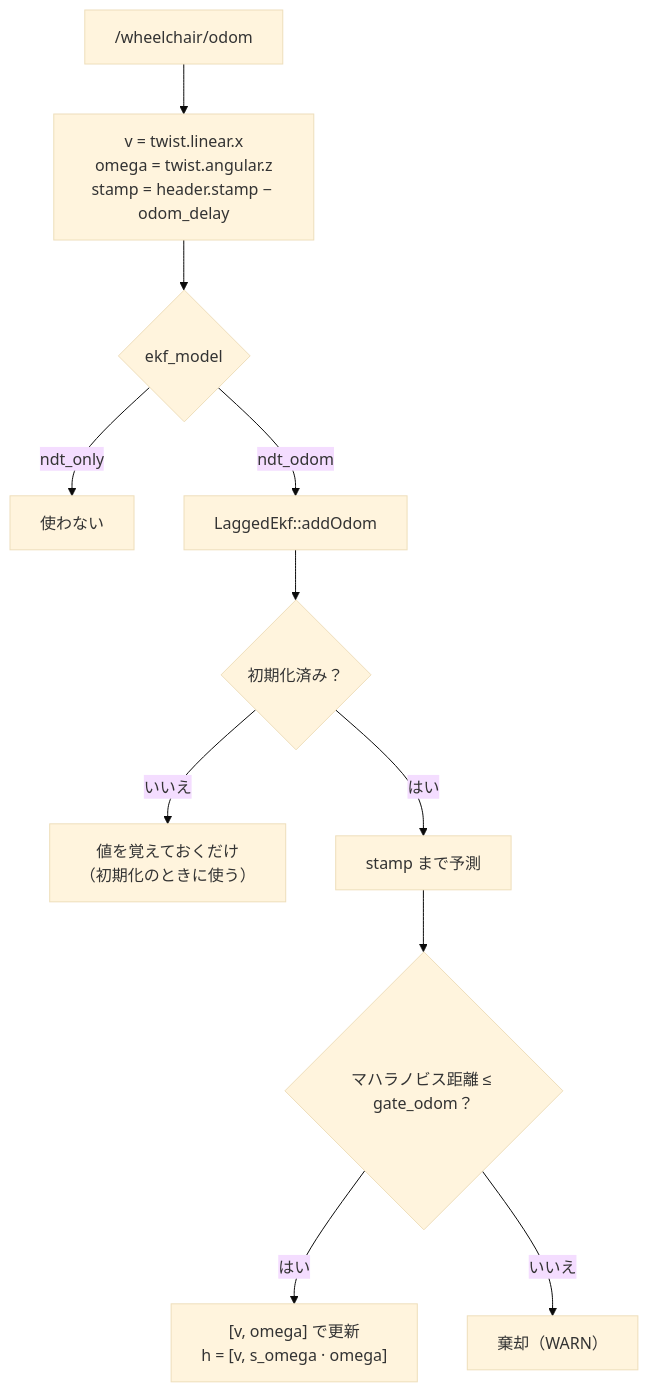
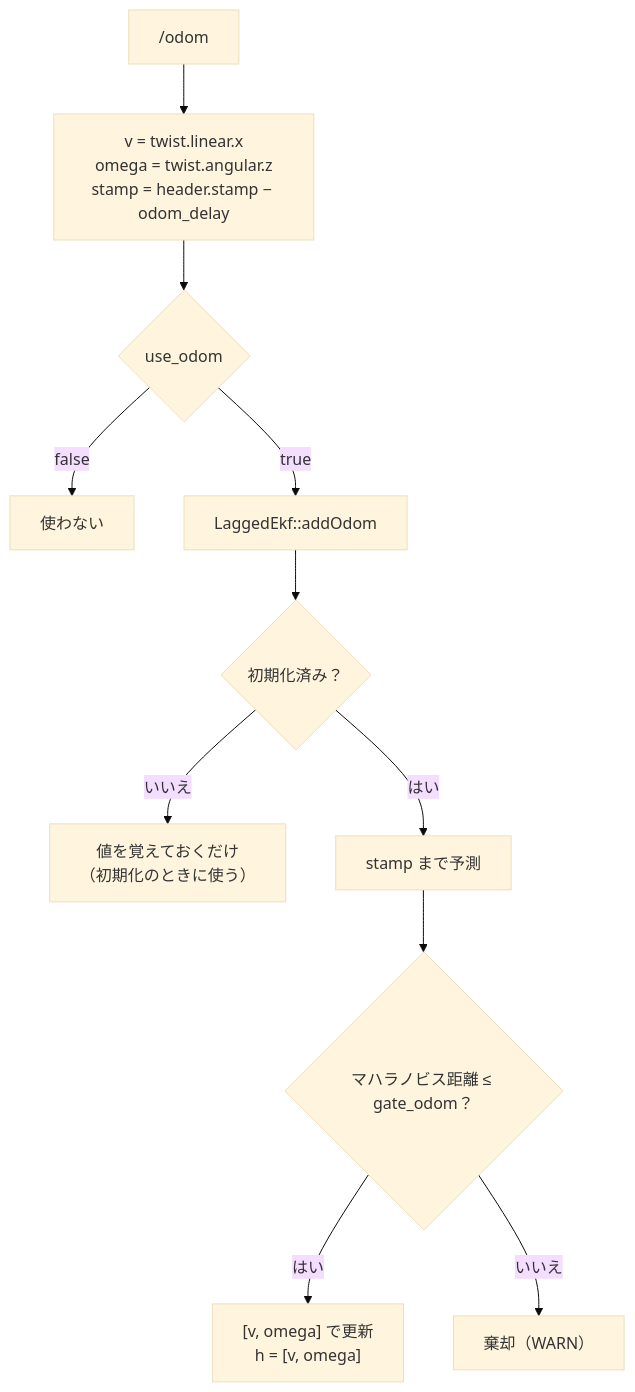
One commit to MaeharaTakumi/ekf_localizer changed the second of 5 diagrams in docs/ekf_flow.md. Above: the diagram before and after it, drawn with Mermaid (base theme). The commit also changed other lines of this file and 13 other files, not shown here.

First line of the commit message:
Refactor VehicleOdomEkf to remove omega scale estimation

````diff
--- a/docs/ekf_flow.md
+++ b/docs/ekf_flow.md
@@ -66,13 +64,13 @@
 ```mermaid
 flowchart TD
-  A["/wheelchair/odom"] --> B["v = twist.linear.x<br/>omega = twist.angular.z<br/>stamp = header.stamp − odom_delay"]
-  B --> C{"ekf_model"}
-  C -->|ndt_only| X["使わない"]
-  C -->|ndt_odom| D["LaggedEkf::addOdom"]
+  A["/odom"] --> B["v = twist.linear.x<br/>omega = twist.angular.z<br/>stamp = header.stamp − odom_delay"]
+  B --> C{"use_odom"}
+  C -->|false| X["使わない"]
+  C -->|true| D["LaggedEkf::addOdom"]
   D --> E{"初期化済み？"}
   E -->|いいえ| F["値を覚えておくだけ<br/>（初期化のときに使う）"]
   E -->|はい| G["stamp まで予測"]
   G --> H{"マハラノビス距離 ≤ gate_odom？"}
-  H -->|はい| I["[v, omega] で更新<br/>h = [v, s_omega · omega]"]
+  H -->|はい| I["[v, omega] で更新<br/>h = [v, omega]"]
   H -->|いいえ| J["棄却（WARN）"]
 ```
````
